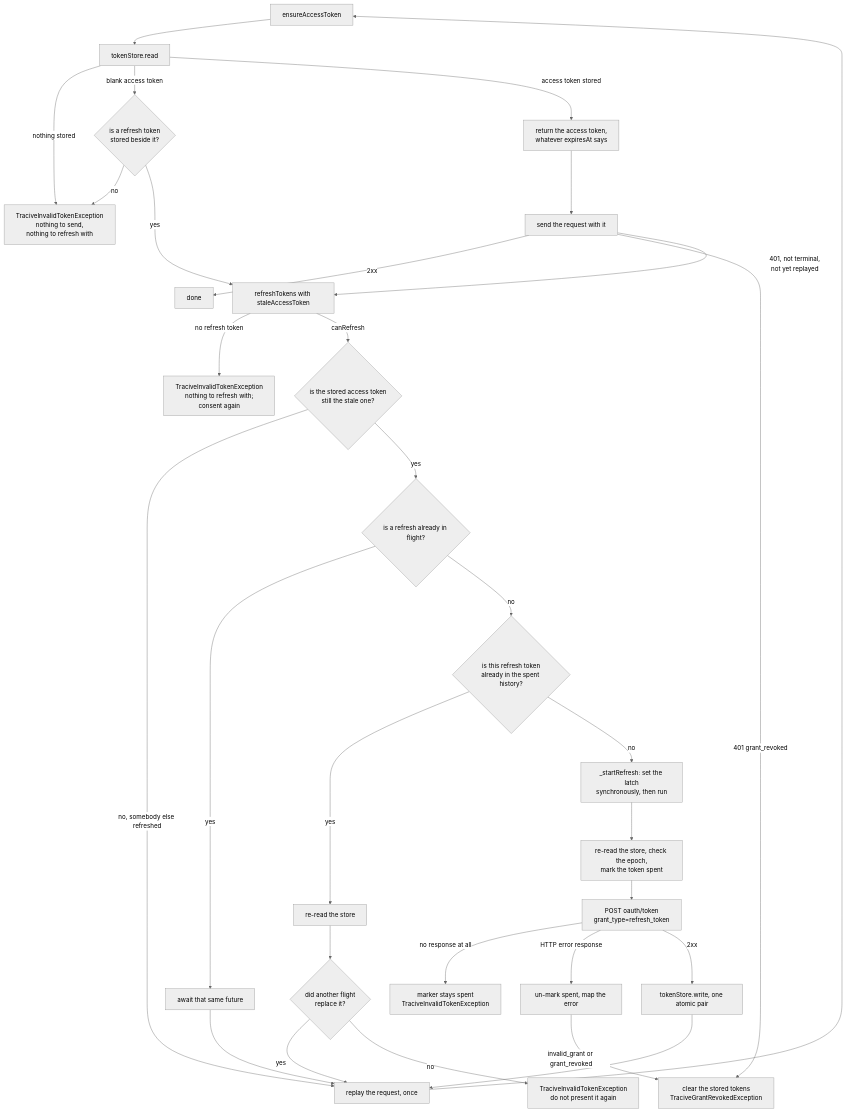
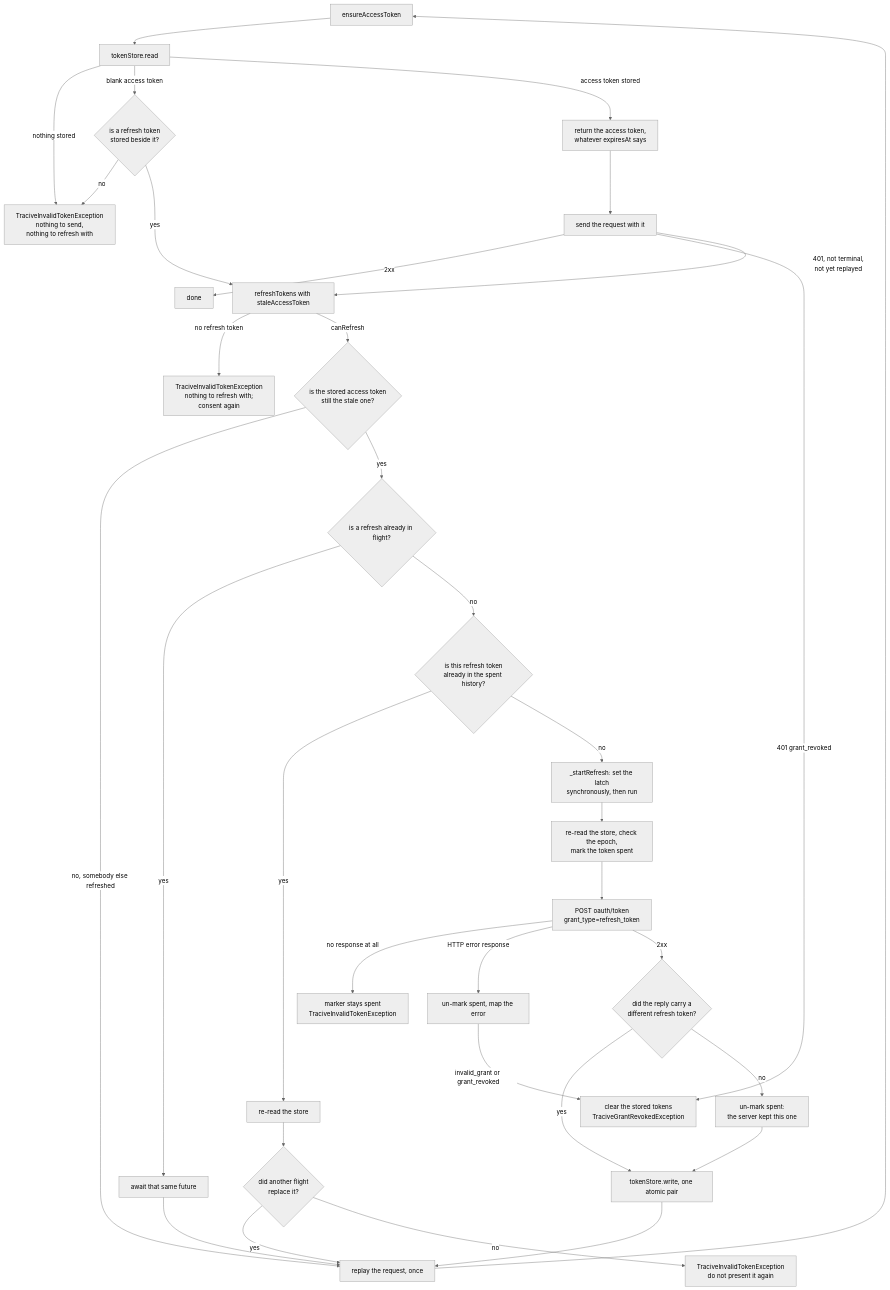
One commit to pleistocent/tracive-sdk-flutter changed the third of 5 diagrams in doc/architecture.md. Above: the diagram before and after it, drawn with Mermaid (neutral theme). The commit also changed other lines of this file and 3 other files, not shown here.

````diff
--- a/doc/architecture.md
+++ b/doc/architecture.md
@@ -147,58 +147,63 @@
 ```mermaid
 flowchart TD
     Start["ensureAccessToken"]
     Read["tokenStore.read"]
     Blank{"is a refresh token<br/>stored beside it?"}
     NoToken["TraciveInvalidTokenException<br/>nothing to send,<br/>nothing to refresh with"]
     Use["return the access token,<br/>whatever expiresAt says"]
     Send["send the request with it"]
     Done["done"]
     Replay["replay the request, once"]
     Refresh["refreshTokens with staleAccessToken"]
     NoRefresh["TraciveInvalidTokenException<br/>nothing to refresh with;<br/>consent again"]
     Stale{"is the stored access token<br/>still the stale one?"}
     Latch{"is a refresh already in flight?"}
     Join["await that same future"]
     Spent{"is this refresh token<br/>already in the spent history?"}
     Reread["re-read the store"]
     Replaced{"did another flight<br/>replace it?"}
     DeadEnd["TraciveInvalidTokenException<br/>do not present it again"]
     Flight["_startRefresh: set the latch<br/>synchronously, then run"]
     Perform["re-read the store, check the epoch,<br/>mark the token spent"]
     Post["POST oauth/token<br/>grant_type=refresh_token"]
     NoAnswer["marker stays spent<br/>TraciveInvalidTokenException"]
     HttpError["un-mark spent, map the error"]
     Revoked["clear the stored tokens<br/>TraciveGrantRevokedException"]
+    Rotated{"did the reply carry a<br/>different refresh token?"}
+    Unmark["un-mark spent:<br/>the server kept this one"]
     Write["tokenStore.write, one atomic pair"]
 
     Start --> Read
     Read -->|"nothing stored"| NoToken
     Read -->|"blank access token"| Blank
     Read -->|"access token stored"| Use
     Blank -->|"no"| NoToken
     Blank -->|"yes"| Refresh
     Use --> Send
     Send -->|"2xx"| Done
     Send -->|"401 grant_revoked"| Revoked
     Send -->|"401, not terminal,<br/>not yet replayed"| Refresh
     Refresh -->|"no refresh token"| NoRefresh
     Refresh -->|"canRefresh"| Stale
     Stale -->|"no, somebody else refreshed"| Replay
     Stale -->|"yes"| Latch
     Latch -->|"yes"| Join
     Join --> Replay
     Latch -->|"no"| Spent
     Spent -->|"yes"| Reread
     Reread --> Replaced
     Replaced -->|"yes"| Replay
     Replaced -->|"no"| DeadEnd
     Spent -->|"no"| Flight
     Flight --> Perform
     Perform --> Post
     Post -->|"no response at all"| NoAnswer
     Post -->|"HTTP error response"| HttpError
     HttpError -->|"invalid_grant or grant_revoked"| Revoked
-    Post -->|"2xx"| Write
+    Post -->|"2xx"| Rotated
+    Rotated -->|"yes"| Write
+    Rotated -->|"no"| Unmark
+    Unmark --> Write
     Write --> Replay
     Replay --> Start
 ```
````
